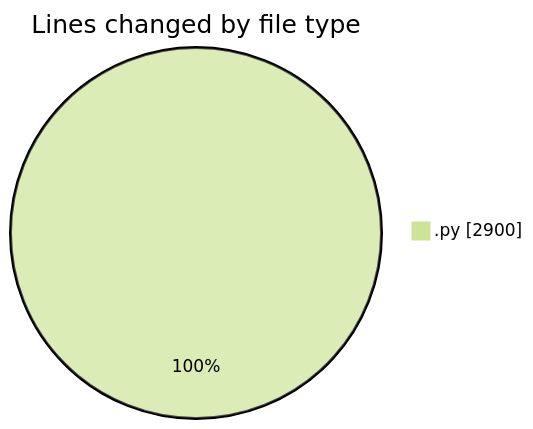
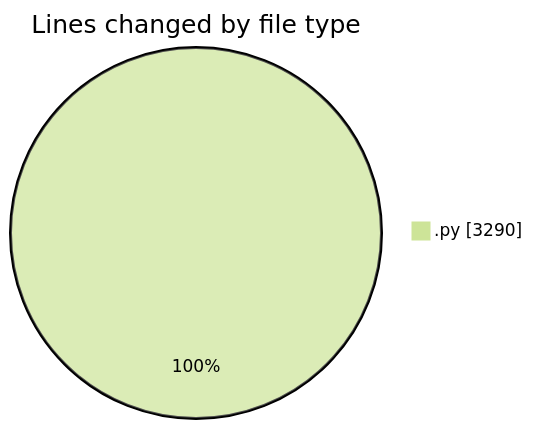
The first of 2 diagrams in 2025-11-19/eventscop-api-guide__workspace_/README.md (julien-gomy/code-tracking), drawn with Mermaid (forest theme) before and after one commit. The commit also changed other lines of this file and 1 other file, not shown here.

````diff
--- a/2025-11-19/eventscop-api-guide__workspace_/README.md
+++ b/2025-11-19/eventscop-api-guide__workspace_/README.md
@@ -24,5 +25,5 @@
 ```mermaid
 pie showData
 title Lines changed by file type
-".py" : 2900
+".py" : 3290
 ```
````
